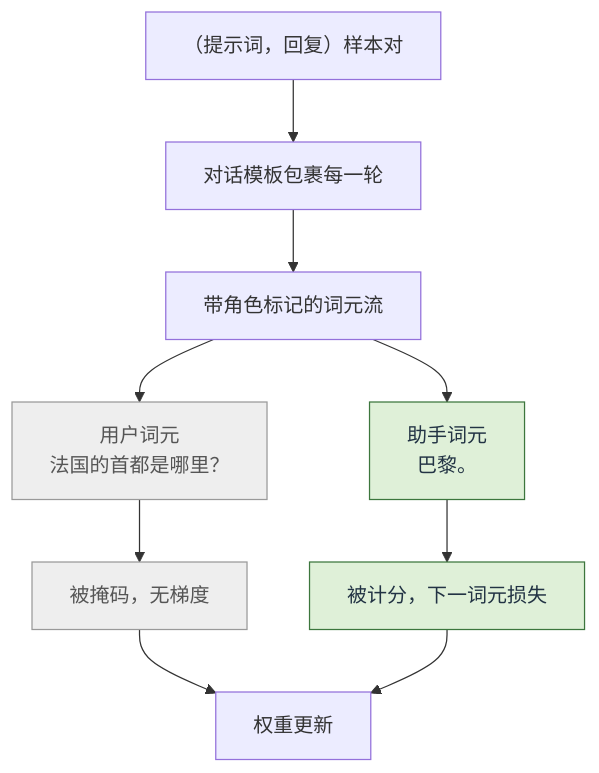
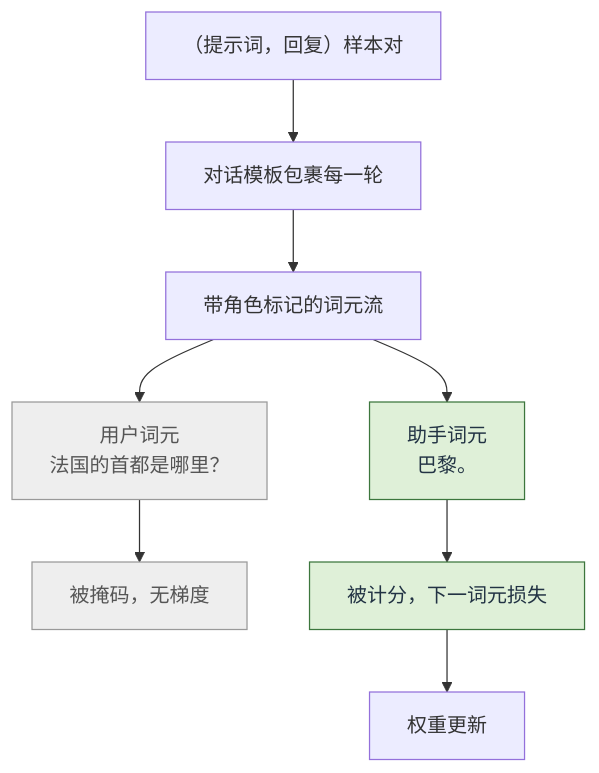
Before and after one commit to latere-ai/ai-as-an-infrastructure: the first of 3 diagrams in zh/p2-adaptation/09-sft-peft.qmd, drawn with Mermaid. The commit also changed other lines of this file and 186 other files, not shown here.

First line of the commit message:
book: visual audit pass on all diagrams and figures

````diff
--- a/zh/p2-adaptation/09-sft-peft.qmd
+++ b/zh/p2-adaptation/09-sft-peft.qmd
@@ -45,17 +45,16 @@
 ```{mermaid}
 %%| label: fig-sft-peft-masking
 %%| fig-cap: "一条 SFT 样本从对话模板经词元流走向被掩码的损失。角色标记切分词元流，只有回复词元贡献梯度。"
 flowchart TB
   ex["（提示词，回复）样本对"] --> tmpl["对话模板包裹每一轮"]
   tmpl --> stream["带角色标记的词元流"]
   stream --> pm["用户词元<br/>法国的首都是哪里？"]
   stream --> rm["助手词元<br/>巴黎。"]
   pm --> mask["被掩码，无梯度"]
   rm --> score["被计分，下一词元损失"]
-  mask --> upd["权重更新"]
-  score --> upd
+  score --> upd["权重更新"]
   classDef frozen fill:#eee,stroke:#999,color:#555;
   classDef active fill:#dff0d8,stroke:#3c763d,color:#234;
   class pm,mask frozen;
   class rm,score active;
 ```
````
